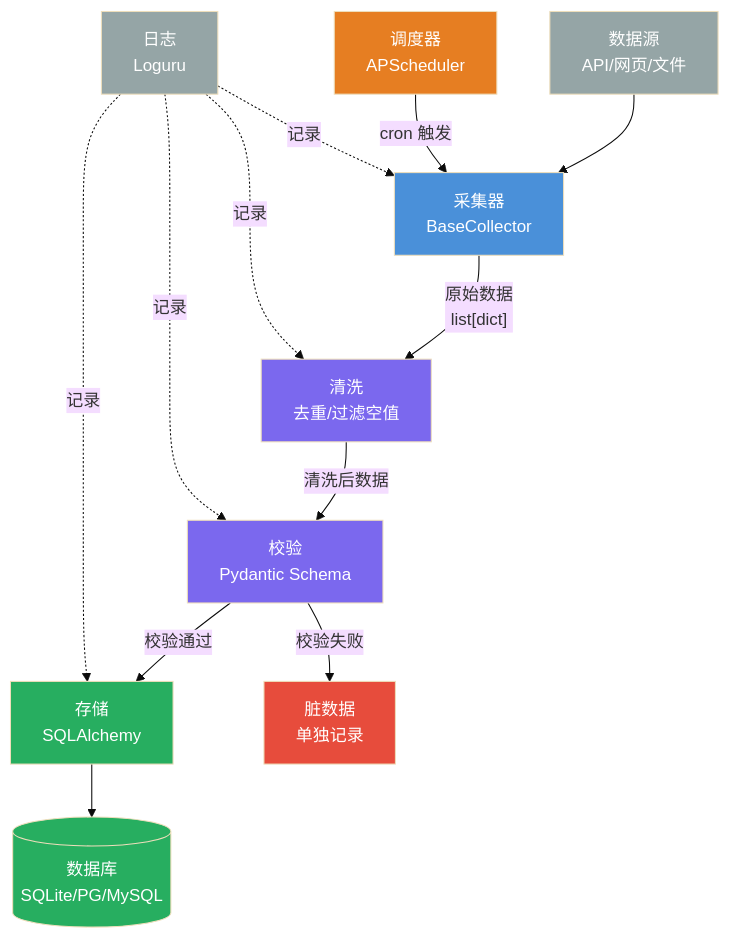
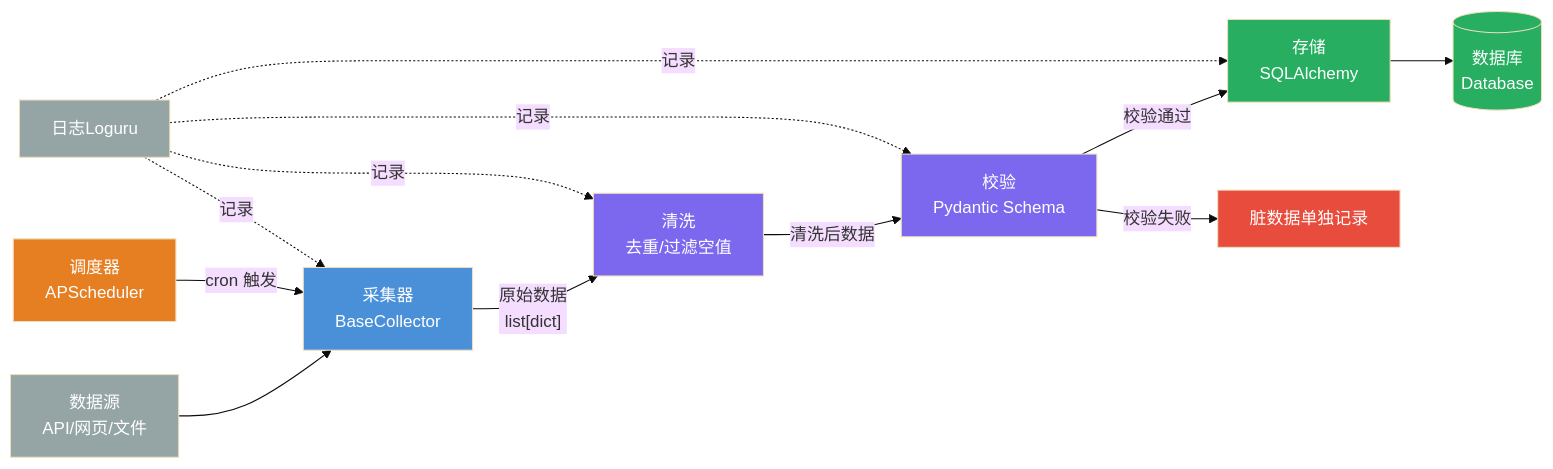
The second of 5 diagrams in docs/数据采集最佳设计方案.md (hollson/spider_awesome), drawn with Mermaid (base theme) before and after one commit.

Commit message:
docs(数据采集方案): 更新流程图样式和节点文本
调整mermaid流程图方向、简化数据库节点文本以及统一日志节点格式

````diff
--- a/docs/数据采集最佳设计方案.md
+++ b/docs/数据采集最佳设计方案.md
@@ -110,22 +110,22 @@
 ```mermaid
-graph TD
+graph LR
     Start["数据源<br/>API/网页/文件"] --> Collect["采集器<br/>BaseCollector"]
     Collect -->|"原始数据<br/>list[dict]"| Clean["清洗<br/>去重/过滤空值"]
     Clean -->|"清洗后数据"| Validate["校验<br/>Pydantic Schema"]
     Validate -->|"校验通过"| Store["存储<br/>SQLAlchemy"]
-    Validate -->|"校验失败"| Reject["脏数据<br/>单独记录"]
-    Store --> DB[("数据库<br/>SQLite/PG/MySQL")]
+    Validate -->|"校验失败"| Reject["脏数据单独记录"]
+    Store --> DB[("数据库<br>Database")]
     
     Schedule["调度器<br/>APScheduler"] -->|"cron 触发"| Collect
-    Logger["日志<br/>Loguru"] -.->|"记录"| Collect & Clean & Validate & Store
+    Logger["日志Loguru"] -.->|"记录"| Collect & Clean & Validate & Store
 
     style Start fill:#95A5A6,color:#fff
     style Collect fill:#4A90D9,color:#fff
     style Clean fill:#7B68EE,color:#fff
     style Validate fill:#7B68EE,color:#fff
     style Store fill:#27AE60,color:#fff
     style Reject fill:#E74C3C,color:#fff
     style DB fill:#27AE60,color:#fff
     style Schedule fill:#E67E22,color:#fff
     style Logger fill:#95A5A6,color:#fff
 ```
````
